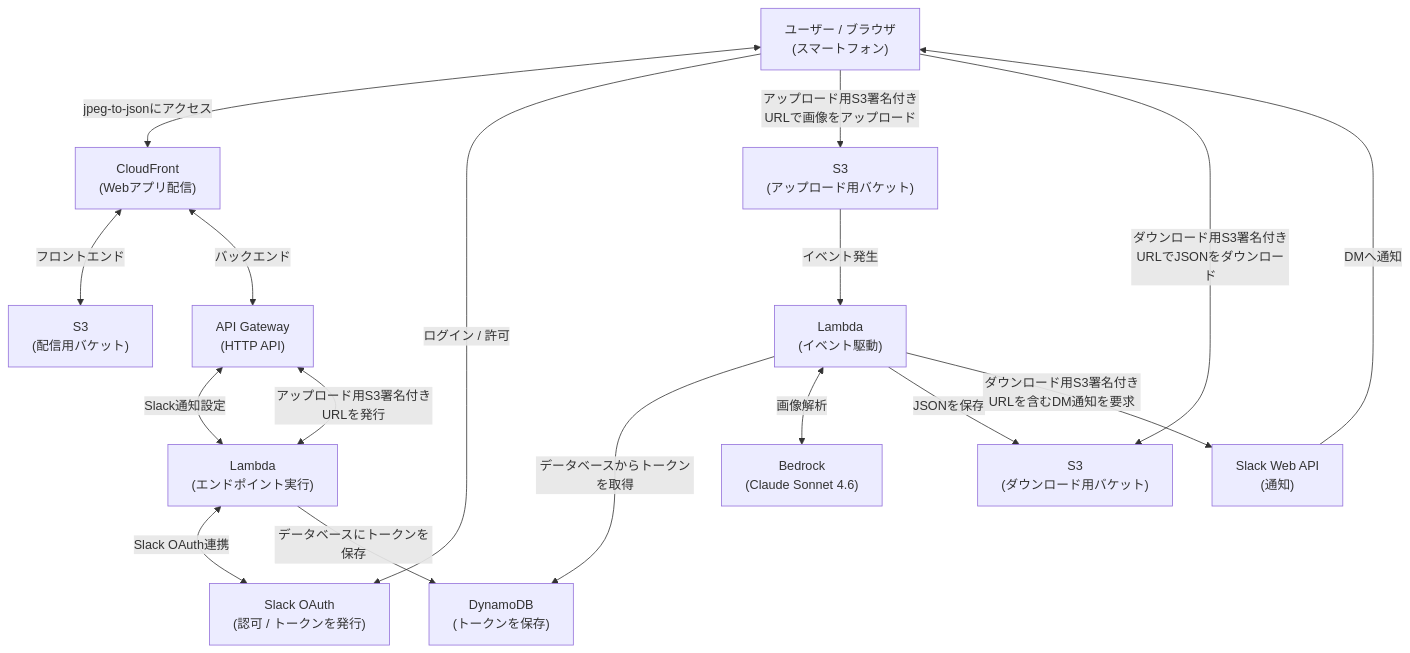
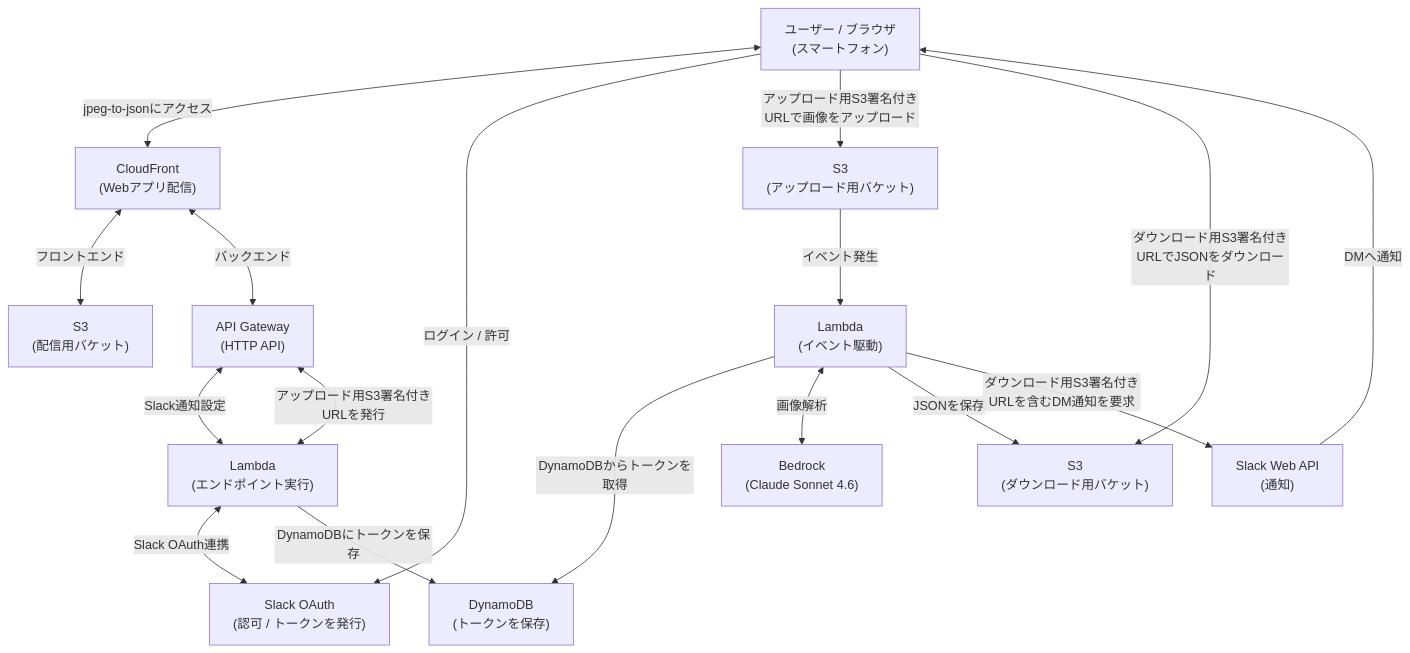
Before and after one commit to vinylhousegarage/jpeg-to-json: the diagram in README.md, drawn with Mermaid.

Commit message:
docs(readme): clarify DynamoDB token flow in system diagram

````diff
--- a/README.md
+++ b/README.md
@@ -14,37 +14,37 @@
 ```mermaid
 flowchart TD
   U["ユーザー / ブラウザ<br/>(スマートフォン)"]
 
   CF["CloudFront<br/>(Webアプリ配信)"]
   DB["DynamoDB<br/>(トークンを保存)"]
   AI["Bedrock<br/>(Claude Sonnet 4.6)"]
 
   FE["S3<br/>(配信用バケット)"]
   IN["S3<br/>(アップロード用バケット)"]
   OUT["S3<br/>(ダウンロード用バケット)"]
 
   API["API Gateway<br/>(HTTP API)"]
   APP["Lambda<br/>(エンドポイント実行)"]
   PROC["Lambda<br/>(イベント駆動)"]
 
   OAUTH["Slack OAuth<br/>(認可 / トークンを発行)"]
   WEBAPI["Slack Web API<br/>(通知)"]
 
   U <-->|jpeg-to-jsonにアクセス| CF
   CF <-->|"フロントエンド"| FE
   CF <-->|"バックエンド"| API
   U -->|"ログイン / 許可"| OAUTH
   API <-->|"Slack通知設定"| APP
   API <-->|"アップロード用S3署名付きURLを発行"| APP
   APP <-->|"Slack OAuth連携"| OAUTH
-  APP -->|"データベースにトークンを保存"| DB
+  APP -->|"DynamoDBにトークンを保存"| DB
 
   U -->|"アップロード用S3署名付きURLで画像をアップロード"| IN
   IN -->|"イベント発生"| PROC
-  PROC -->|"データベースからトークンを取得"| DB
+  PROC -->|"DynamoDBからトークンを取得"| DB
   PROC <-->|"画像解析"| AI
   PROC -->|"JSONを保存"| OUT
   PROC -->|"ダウンロード用S3署名付きURLを含むDM通知を要求"| WEBAPI
   WEBAPI -->|"DMへ通知"| U
   U -->|"ダウンロード用S3署名付きURLでJSONをダウンロード"| OUT
 ```
````
